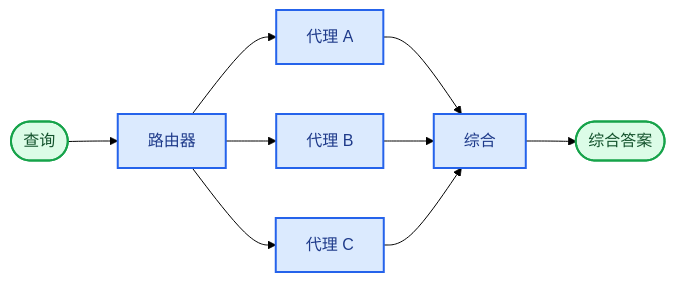
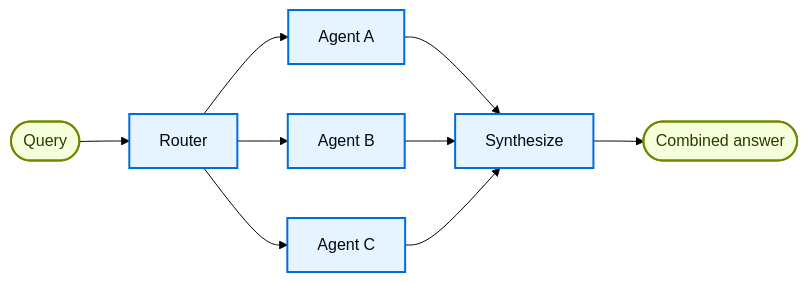
One commit to kunfan96/cndocs-langchain changed the diagram in oss/javascript/langchain/multi-agent/router.mdx. Above: the diagram before and after it, drawn with Mermaid (forest theme). The commit also changed other lines of this file and 2538 other files, not shown here.

````diff
--- a/oss/javascript/langchain/multi-agent/router.mdx
+++ b/oss/javascript/langchain/multi-agent/router.mdx
@@ -7,17 +7,17 @@
 ```mermaid
 graph LR
-    A([查询]) --> B[路由器]
-    B --> C[代理 A]
-    B --> D[代理 B]
-    B --> E[代理 C]
-    C --> F[综合]
+    A([Query]) --> B[Router]
+    B --> C[Agent A]
+    B --> D[Agent B]
+    B --> E[Agent C]
+    C --> F[Synthesize]
     D --> F
     E --> F
-    F --> G([综合答案])
+    F --> G([Combined answer])
 
-    classDef trigger fill:#DCFCE7,stroke:#16A34A,stroke-width:2px,color:#14532D
-    classDef process fill:#DBEAFE,stroke:#2563EB,stroke-width:2px,color:#1E3A8A
+    classDef trigger fill:#F6FFDB,stroke:#6E8900,stroke-width:2px,color:#2E3900
+    classDef process fill:#E5F4FF,stroke:#006DDD,stroke-width:2px,color:#030710
 
     class A,G trigger
     class B,C,D,E,F process
 ```
````
